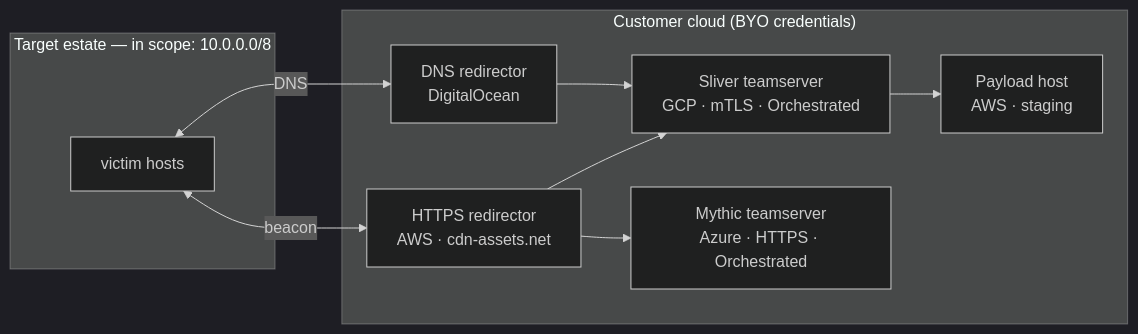
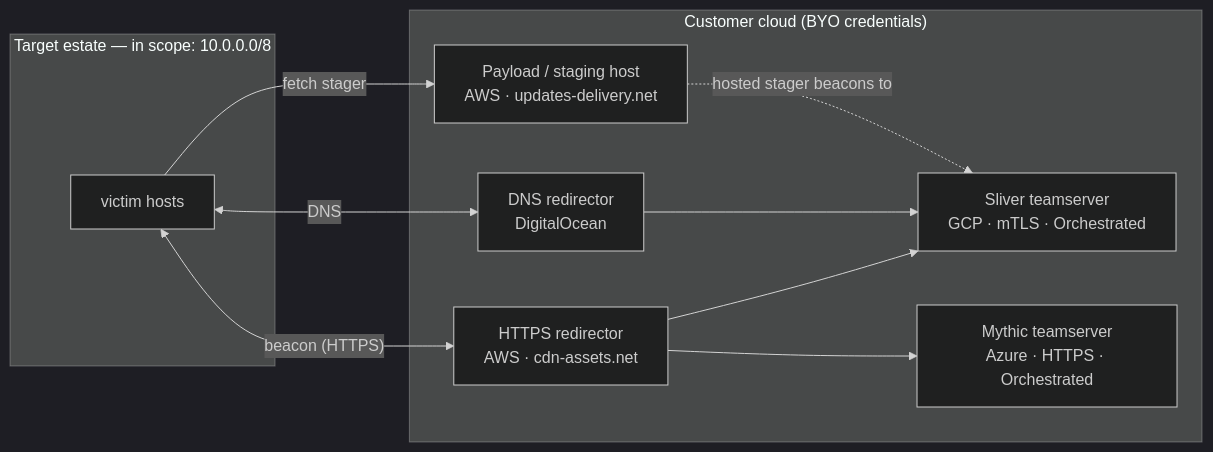
One commit to berkotako/rinfra changed the second of 3 diagrams in README.md. Above: the diagram before and after it, drawn with Mermaid (dark theme). The commit also changed other lines of this file, not shown here.

First line of the commit message:
docs: fix infra diagram — payload host is a delivery channel, not downstream of C2

````diff
--- a/README.md
+++ b/README.md
@@ -68,19 +68,20 @@
 ```mermaid
 flowchart LR
   subgraph net["Target estate — in scope: 10.0.0.0/8"]
     T["victim hosts"]
   end
   subgraph cloud["Customer cloud (BYO credentials)"]
     R1["HTTPS redirector<br/>AWS · cdn-assets.net"]
     R2["DNS redirector<br/>DigitalOcean"]
+    P["Payload / staging host<br/>AWS · updates-delivery.net"]
     C1["Sliver teamserver<br/>GCP · mTLS · Orchestrated"]
     C2["Mythic teamserver<br/>Azure · HTTPS · Orchestrated"]
-    P["Payload host<br/>AWS · staging"]
   end
-  T <-->|"beacon"| R1
+  T -->|"fetch stager"| P
+  T <-->|"beacon (HTTPS)"| R1
   T <-->|"DNS"| R2
   R1 --> C1
   R2 --> C1
   R1 --> C2
-  C1 --> P
+  P -. "hosted stager beacons to" .-> C1
 ```
````
